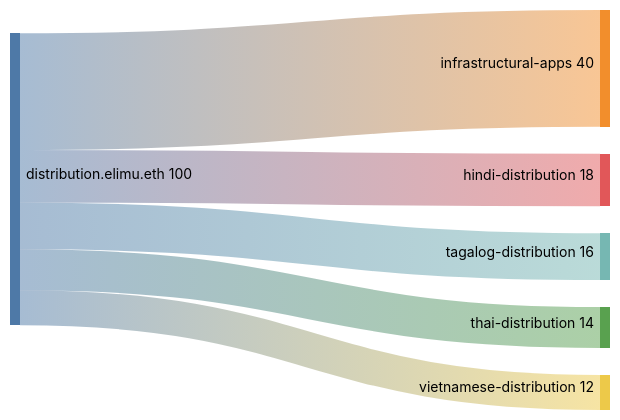
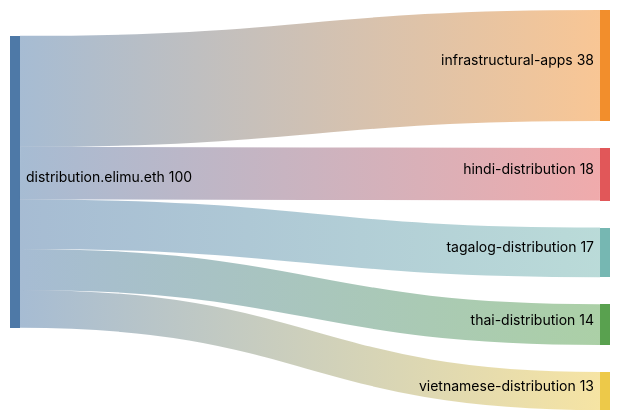
One commit to elimu-ai/web3-wiki changed the third of 3 diagrams in DRIP_LIST_FUNDING_SPLITS.md. Above: the diagram before and after it, drawn with Mermaid (forest theme).

````diff
--- a/DRIP_LIST_FUNDING_SPLITS.md
+++ b/DRIP_LIST_FUNDING_SPLITS.md
@@ -101,10 +101,10 @@
 ```mermaid
 sankey-beta
 
 %% source,target,value
-distribution.elimu.eth,infrastructural-apps,40
+distribution.elimu.eth,infrastructural-apps,38
 distribution.elimu.eth,hindi-distribution,18
-distribution.elimu.eth,tagalog-distribution,16
+distribution.elimu.eth,tagalog-distribution,17
 distribution.elimu.eth,thai-distribution,14
-distribution.elimu.eth,vietnamese-distribution,12
+distribution.elimu.eth,vietnamese-distribution,13
 ```
````
